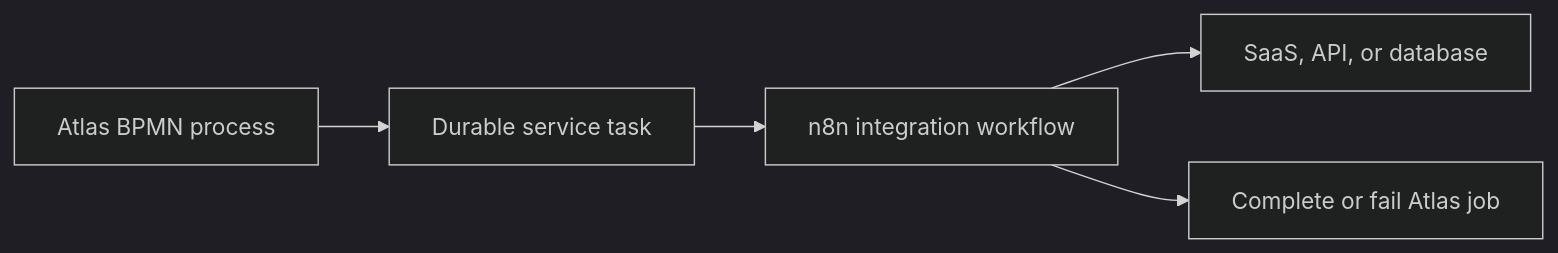
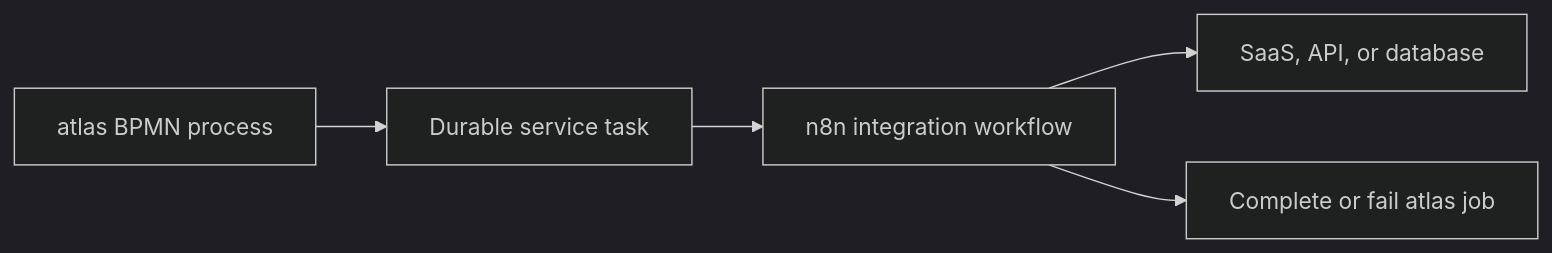
Before and after one commit to pblumer/atlas: the diagram in docs/comparisons/n8n.md, drawn with Mermaid (dark theme). The commit also changed other lines of this file, not shown here.

First line of the commit message:
Standardize capitalization of 'atlas' in n8n comparison

````diff
--- a/docs/comparisons/n8n.md
+++ b/docs/comparisons/n8n.md
@@ -408,7 +408,7 @@
 ```mermaid
 flowchart LR
-    A["Atlas BPMN process"] --> B["Durable service task"]
+    A["atlas BPMN process"] --> B["Durable service task"]
     B --> C["n8n integration workflow"]
     C --> D["SaaS, API, or database"]
-    C --> E["Complete or fail Atlas job"]
+    C --> E["Complete or fail atlas job"]
 ```
````
